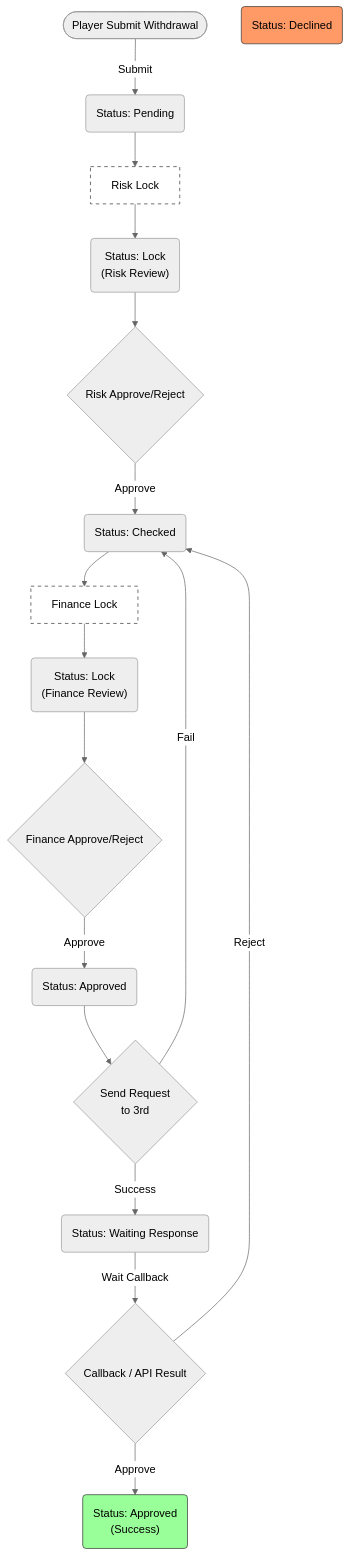
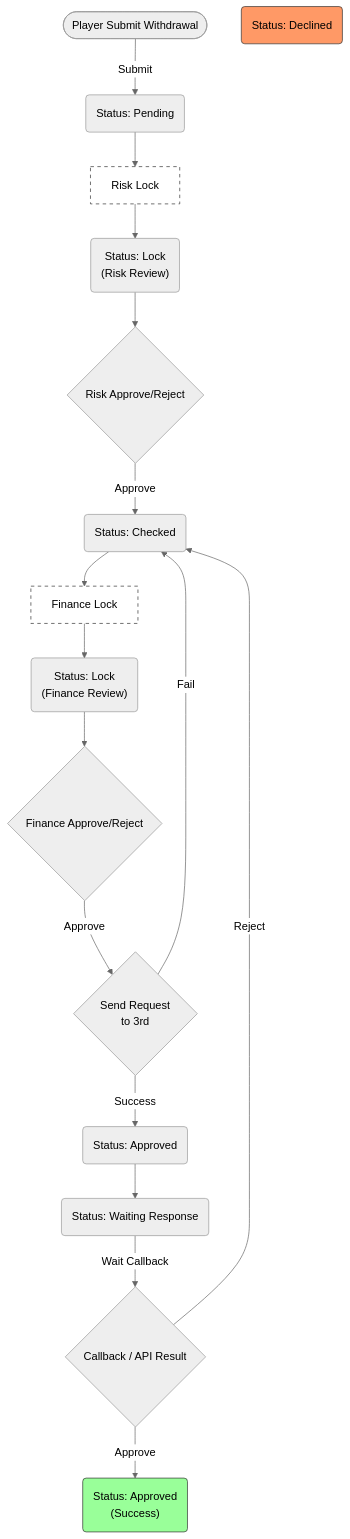
One commit to almightyken0425/SuSuGiGiSpec changed the first of 2 diagrams in no99_archive/sitflowchart.md. Above: the diagram before and after it, drawn with Mermaid (neutral theme). The commit also changed other lines of this file, not shown here.

````diff
--- a/no99_archive/sitflowchart.md
+++ b/no99_archive/sitflowchart.md
@@ -30,55 +30,54 @@
 ```mermaid
 graph TD
     %% 節點定義
     Start(["Player Submit Withdrawal"])
     Pending("Status: Pending")
     
     RiskLockActionBox["Risk Lock"]
     RiskLock("Status: Lock<br/>(Risk Review)")
     
     RiskAction{"Risk Approve/Reject"}
     Checked("Status: Checked")
     
     FinanceLockActionBox["Finance Lock"]
     FinanceLock("Status: Lock<br/>(Finance Review)")
     
     FinanceAction{"Finance Approve/Reject"}
+    RequestAction{"Send Request<br/>to 3rd"}
     FinanceApproved("Status: Approved")
-    
-    RequestAction{"Send Request<br/>to 3rd"}
     WaitResponse("Status: Waiting Response")
     
     Decline("Status: Declined")
     Success("Status: Approved<br/>(Success)")
     Callback{"Callback / API Result"}
 
     Start -->|"Submit"| Pending
     
     Pending --> RiskLockActionBox
     RiskLockActionBox --> RiskLock
     
     RiskLock --> RiskAction
     
     RiskAction -->|"Approve"| Checked
     
     Checked --> FinanceLockActionBox
     FinanceLockActionBox --> FinanceLock
     
     FinanceLock --> FinanceAction
     
-    FinanceAction -->|"Approve"| FinanceApproved
-    FinanceApproved --> RequestAction
+    FinanceAction -->|"Approve"| RequestAction
     
-    RequestAction -->|"Success"| WaitResponse
+    RequestAction -->|"Success"| FinanceApproved
     RequestAction -->|"Fail"| Checked
     
+    FinanceApproved --> WaitResponse
     WaitResponse -->|"Wait Callback"| Callback
 
     Callback -->|"Approve"| Success
     Callback -->|"Reject"| Checked
 
     style Decline fill:#f96,stroke:#333
     style Success fill:#9f9,stroke:#333
     style RiskLockActionBox fill:#fff,stroke:#333,stroke-dasharray: 5 5
     style FinanceLockActionBox fill:#fff,stroke:#333,stroke-dasharray: 5 5
 ```
````
